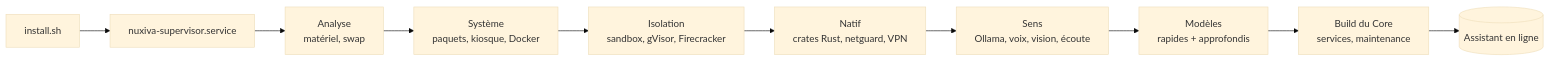
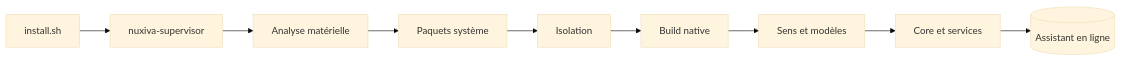
Before and after one commit to AprileNunzio/Nuxiva: the second of 2 diagrams in README_FR.md, drawn with Mermaid (base theme). The commit also changed other lines of this file and 3 other files, not shown here.

````diff
--- a/README_FR.md
+++ b/README_FR.md
@@ -73,12 +163,11 @@
 ```mermaid
 flowchart LR
-    A[install.sh] --> B[nuxiva-supervisor.service]
-    B --> C[Analyse<br/>matériel, swap]
-    C --> D[Système<br/>paquets, kiosque, Docker]
-    D --> E[Isolation<br/>sandbox, gVisor, Firecracker]
-    E --> F[Natif<br/>crates Rust, netguard, VPN]
-    F --> G[Sens<br/>Ollama, voix, vision, écoute]
-    G --> H[Modèles<br/>rapides + approfondis]
-    H --> I[Build du Core<br/>services, maintenance]
-    I --> J[(Assistant en ligne)]
+    A[install.sh] --> B[nuxiva-supervisor]
+    B --> C[Analyse matérielle]
+    C --> D[Paquets système]
+    D --> E[Isolation]
+    E --> F[Build native]
+    F --> G[Sens et modèles]
+    G --> H[Core et services]
+    H --> I[(Assistant en ligne)]
 ```
````
